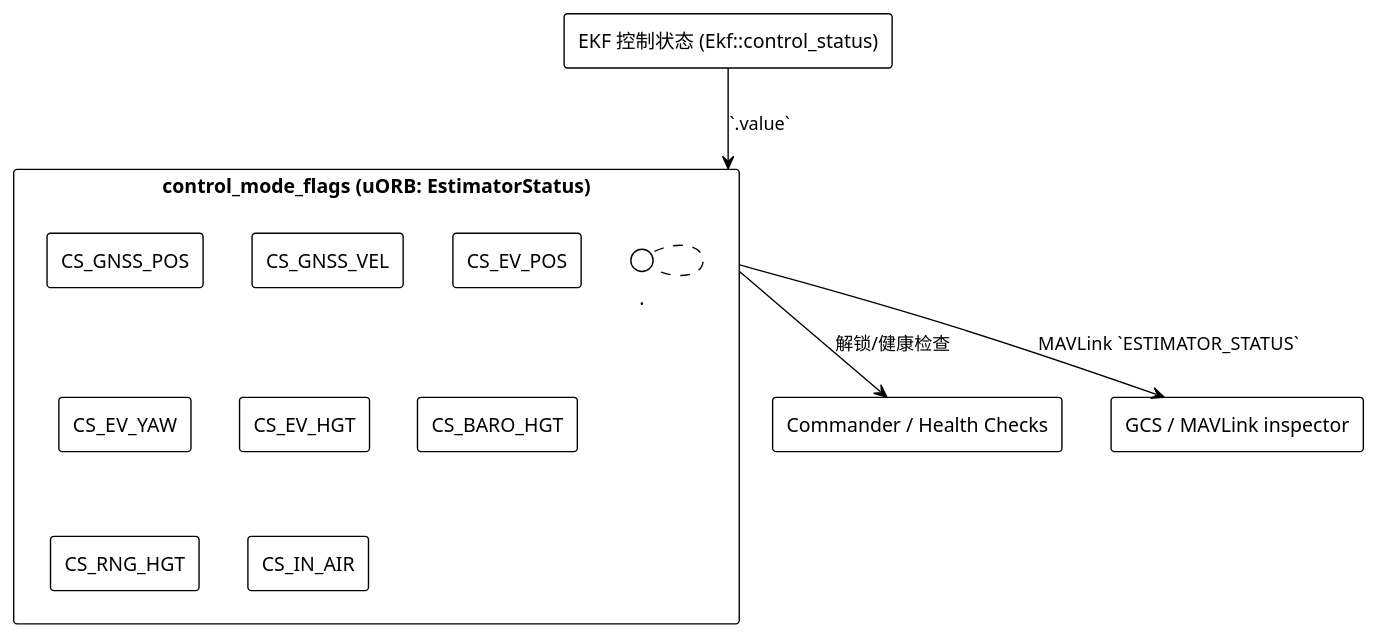
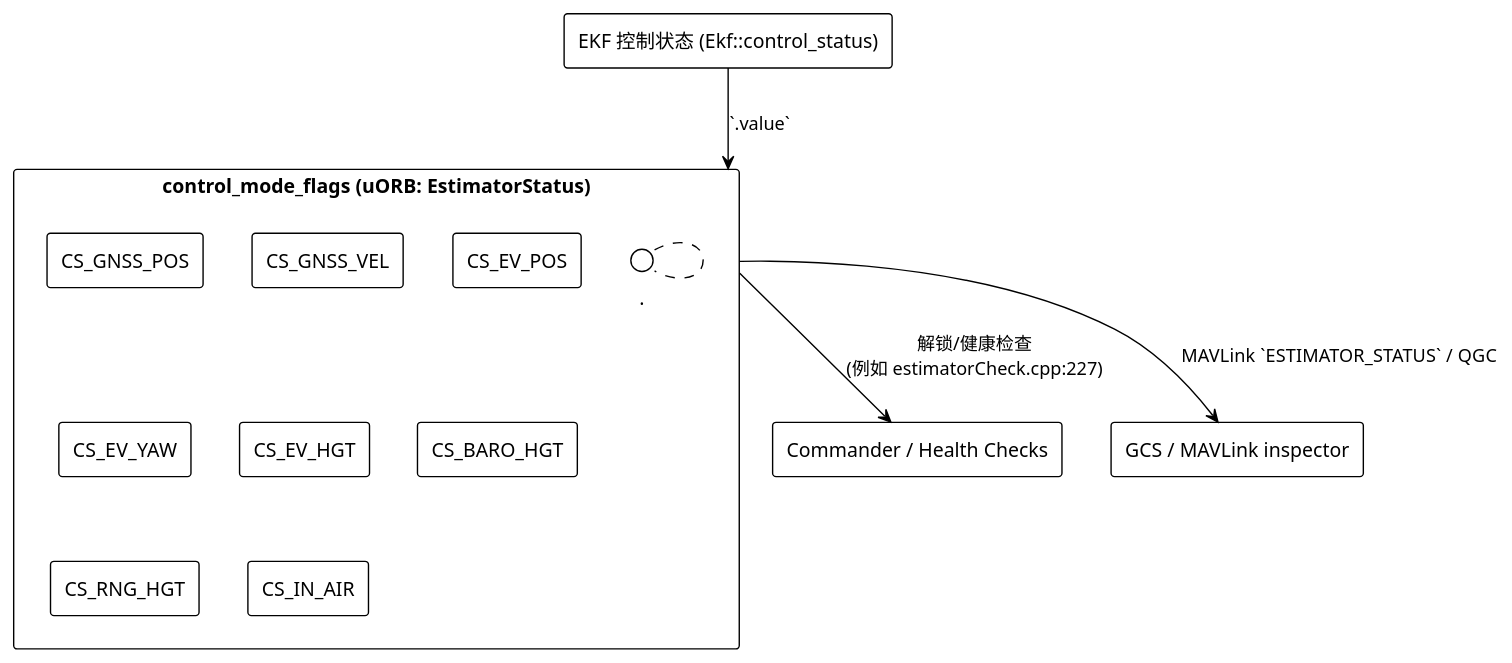
One commit to GrooveWJH/PX4_Handbook changed the diagram in general/estimator_status_control_flags.md. Above: the diagram before and after it, drawn with PlantUML. The commit also changed other lines of this file and 2 other files, not shown here.

````diff
--- a/general/estimator_status_control_flags.md
+++ b/general/estimator_status_control_flags.md
@@ -69,27 +137,27 @@
 ```plantuml
 @startuml
 !theme plain
 
 skinparam componentStyle rectangle
 
 rectangle "control_mode_flags (uORB: EstimatorStatus)" as Flags {
   [CS_GNSS_POS]
   [CS_GNSS_VEL]
   [CS_EV_POS]
   [CS_EV_YAW]
   [CS_EV_HGT]
   [CS_BARO_HGT]
   [CS_RNG_HGT]
   [CS_IN_AIR]
   ...
 }
 
 rectangle "EKF 控制状态 (Ekf::control_status)" as CTRL
 rectangle "Commander / Health Checks" as CMD
 rectangle "GCS / MAVLink inspector" as GCS
 
 CTRL --> Flags : `.value`
-Flags --> CMD : 解锁/健康检查
-Flags --> GCS : MAVLink `ESTIMATOR_STATUS`
+Flags --> CMD : 解锁/健康检查\n(例如 estimatorCheck.cpp:227)
+Flags --> GCS : MAVLink `ESTIMATOR_STATUS` / QGC
 @enduml
 ```
````
